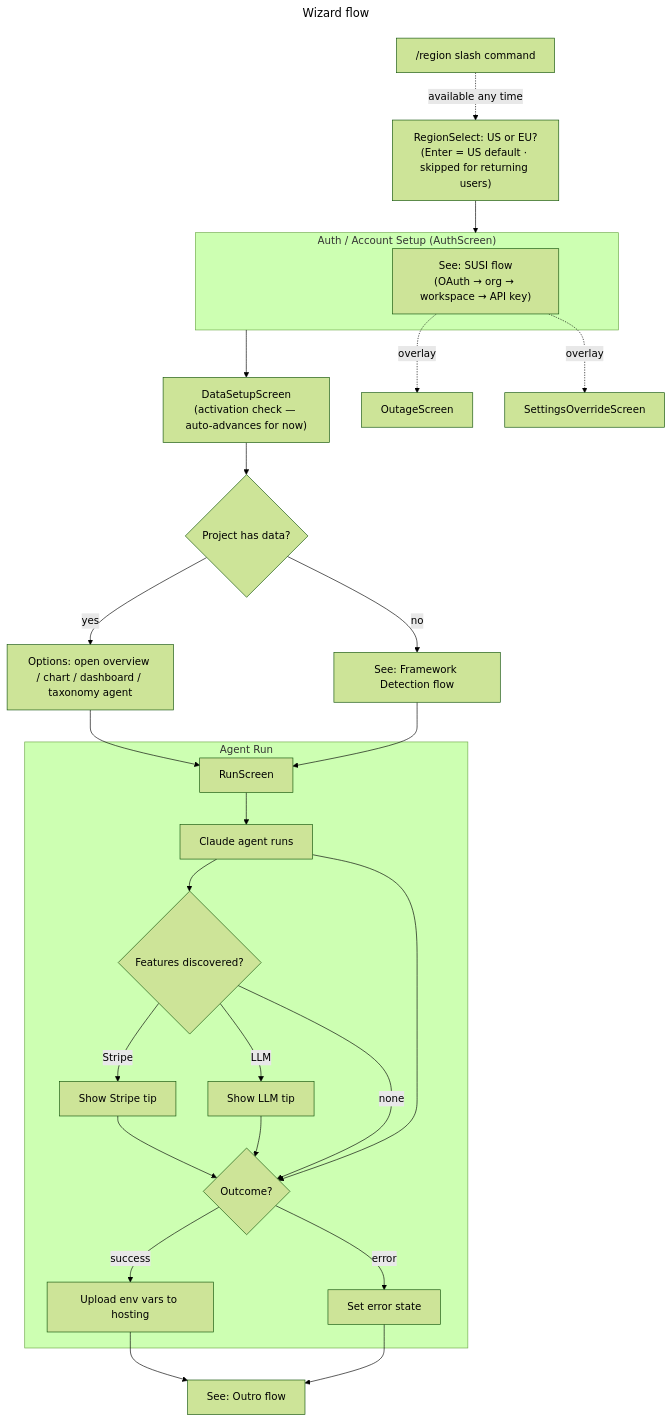
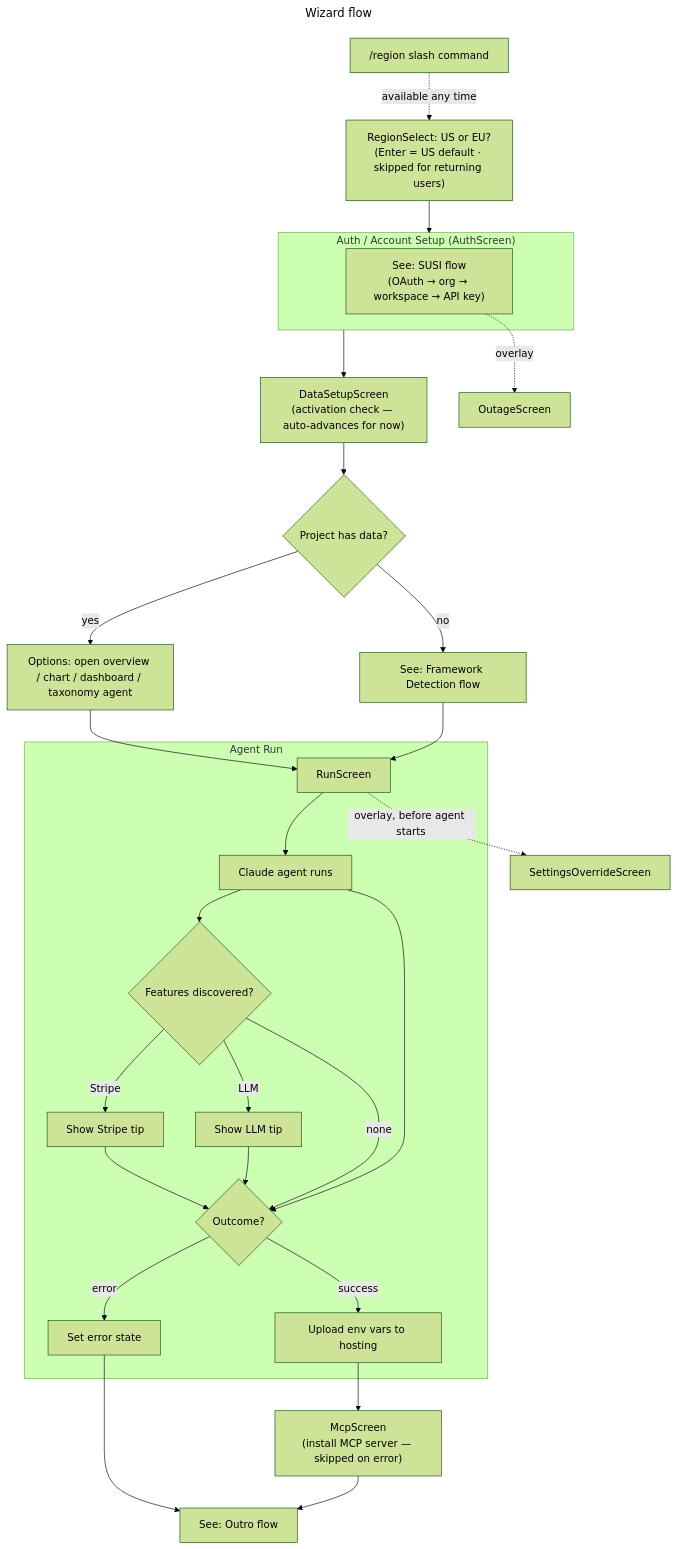
The second of 7 diagrams in docs/flows.md (amplitude/wizard), drawn with Mermaid (forest theme) before and after one commit. The commit also changed 6 other files, not shown here.

First line of the commit message:
Improve BDD test coverage: Run/Mcp screens, overlay stacking, edge cases

````diff
--- a/docs/flows.md
+++ b/docs/flows.md
@@ -56,40 +56,41 @@
 ```mermaid
 ---
 title: Wizard flow
 ---
 flowchart TD
     REGION_SELECT["RegionSelect: US or EU?<br/>(Enter = US default · skipped for returning users)"]
     REGION_SELECT --> AUTH
 
     subgraph AUTH ["Auth / Account Setup (AuthScreen)"]
         SUSI["See: SUSI flow<br/>(OAuth → org → workspace → API key)"]
     end
 
     AUTH --> DATA_SETUP["DataSetupScreen<br/>(activation check — auto-advances for now)"]
     DATA_SETUP --> DATA_CHECK{Project has data?}
 
     DATA_CHECK -->|no| FRAMEWORK["See: Framework Detection flow"]
     DATA_CHECK -->|yes| OPTIONS["Options: open overview / chart / dashboard / taxonomy agent"]
 
     OPTIONS --> RUN
     FRAMEWORK --> RUN
 
     SLASH_REGION["/region slash command"] -. available any time .-> REGION_SELECT
 
     subgraph AGENT_RUN ["Agent Run"]
         RUN["RunScreen"] --> AGENT["Claude agent runs"]
         AGENT --> FEATURES{Features discovered?}
         FEATURES -->|Stripe| STRIPE_TIP["Show Stripe tip"] --> OUTCOME
         FEATURES -->|LLM| LLM_TIP["Show LLM tip"] --> OUTCOME
         FEATURES -->|none| OUTCOME
         AGENT --> OUTCOME{Outcome?}
         OUTCOME -->|success| POST["Upload env vars to hosting"]
         OUTCOME -->|error| ERR["Set error state"]
     end
 
-    POST --> OUTRO["See: Outro flow"]
-    ERR --> OUTRO
+    POST --> MCP_SCREEN["McpScreen<br/>(install MCP server — skipped on error)"]
+    ERR --> OUTRO["See: Outro flow"]
+    MCP_SCREEN --> OUTRO
 
     SUSI -. overlay .-> OUTAGE["OutageScreen"]
-    SUSI -. overlay .-> SETTINGS_OVR["SettingsOverrideScreen"]
+    RUN -. overlay, before agent starts .-> SETTINGS_OVR["SettingsOverrideScreen"]
 ```
````
